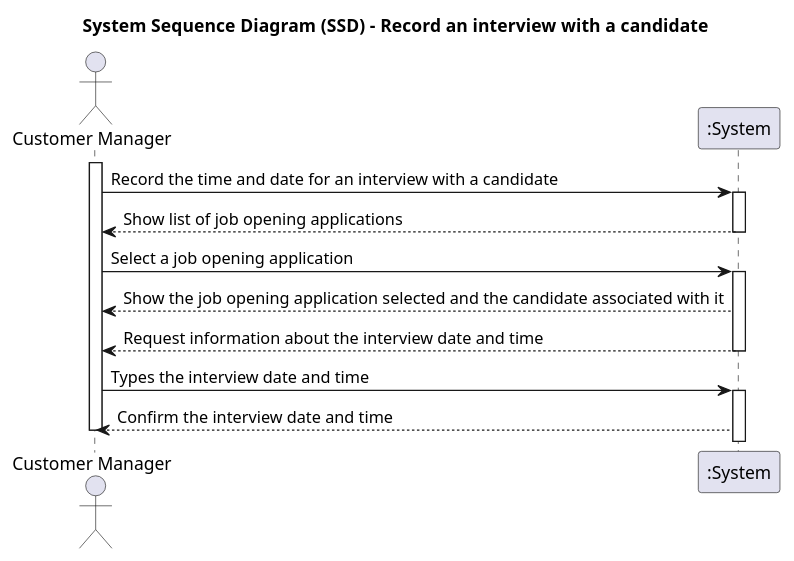
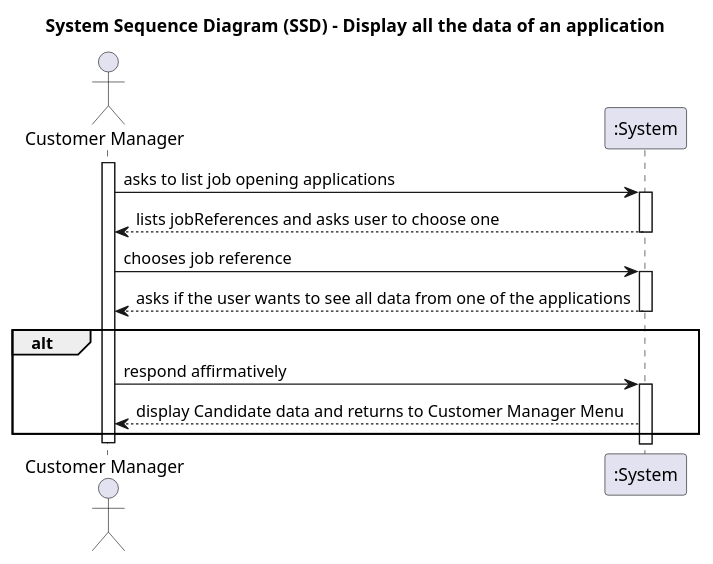
The diagram in docs/sprintC/1021/puml/1021-system-sequence-diagram.puml (marcoferreira37/Lapr4), drawn with PlantUML before and after one commit.

Commit message:
#46 Update of SSD for US2021

```diff
--- a/docs/sprintC/1021/puml/1021-system-sequence-diagram.puml
+++ b/docs/sprintC/1021/puml/1021-system-sequence-diagram.puml
@@ -1,35 +1,35 @@
 @startuml
 'skinparam monochrome true
 'skinparam packageStyle rectangle
 'skinparam shadowing false
 
-title System Sequence Diagram (SSD) -  Record an interview with a candidate
+title System Sequence Diagram (SSD) -  Display all the data of an application
 
 actor "Customer Manager" as Agent
 participant ":System" as System
 
 activate Agent
 
-Agent -> System : Record the time and date for an interview with a candidate
+Agent -> System : asks to list job opening applications
 activate System
 
-System --> Agent: Show list of job opening applications
+System --> Agent: lists jobReferences and asks user to choose one
 deactivate
 
-Agent -> System : Select a job opening application
+Agent -> System : chooses job reference
 activate System
 
-System --> Agent : Show the job opening application selected and the candidate associated with it
-System --> Agent : Request information about the interview date and time
+System --> Agent : asks if the user wants to see all data from one of the applications
 deactivate
 
-Agent -> System : Types the interview date and time
+alt
+Agent -> System : respond affirmatively
 activate System
 
-System --> Agent : Confirm the interview date and time
-
+System --> Agent : display Candidate data and returns to Customer Manager Menu
+end
 
 
 deactivate Agent
 
 @enduml
```
